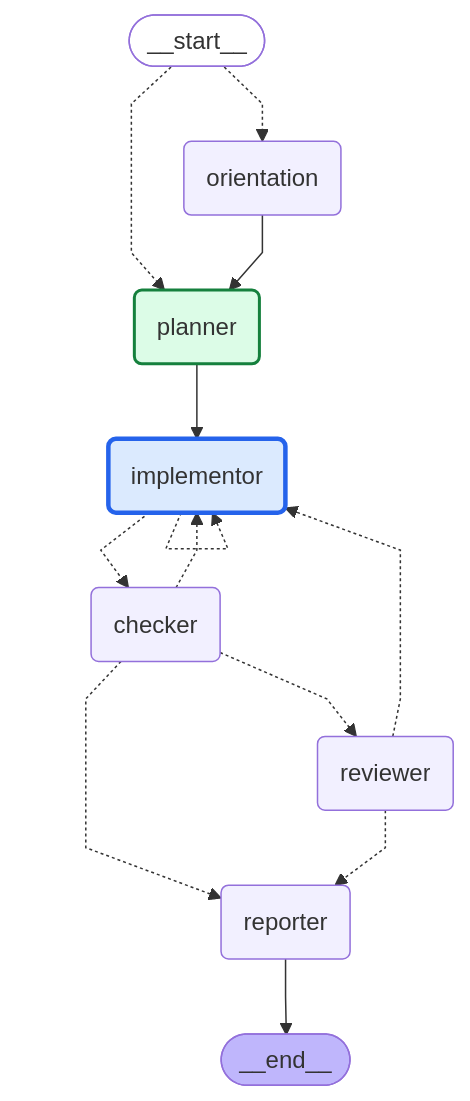
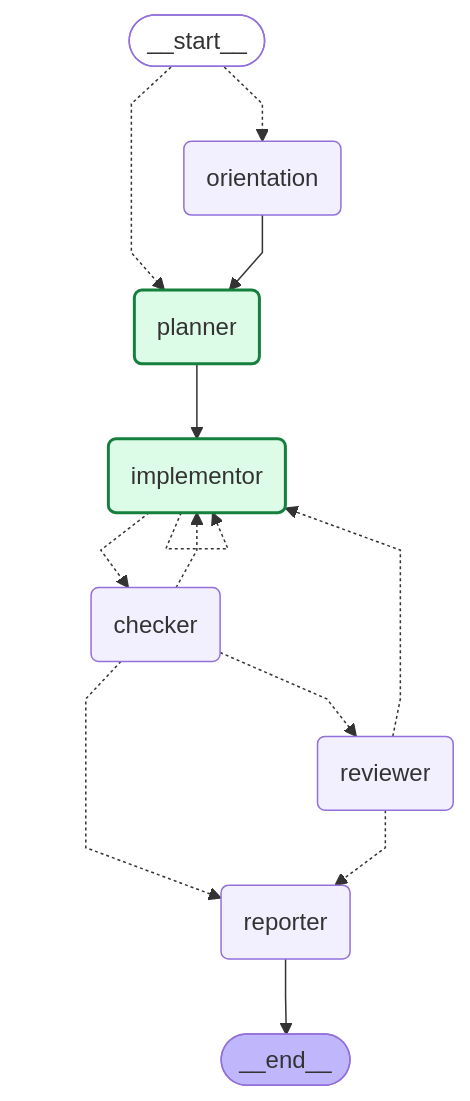
Before and after one commit to daniell0gda/hermes-feature-check-dashboard: the diagram in runs/20260809-093247-e17260/graph.mmd, drawn with Mermaid. The commit also changed 11 other files, not shown here.

```diff
--- a/runs/20260809-093247-e17260/graph.mmd
+++ b/runs/20260809-093247-e17260/graph.mmd
@@ -1,35 +1,35 @@
 ---
 config:
   flowchart:
     curve: linear
 ---
 graph TD;
 	__start__([<p>__start__</p>]):::first
 	orientation(orientation)
 	planner(planner)
 	implementor(implementor)
 	checker(checker)
 	reviewer(reviewer)
 	reporter(reporter)
 	__end__([<p>__end__</p>]):::last
 	__start__ -.-> orientation;
 	__start__ -.-> planner;
 	checker -.-> implementor;
 	checker -.-> reporter;
 	checker -.-> reviewer;
 	implementor -.-> checker;
 	orientation --> planner;
 	planner --> implementor;
 	reviewer -.-> implementor;
 	reviewer -.-> reporter;
 	reporter --> __end__;
 	implementor -.-> implementor;
 	classDef default fill:#f2f0ff,line-height:1.2
 	classDef first fill-opacity:0
 	classDef last fill:#bfb6fc
 
 classDef done fill:#dcfce7,stroke:#15803d,stroke-width:2px;
 classDef active fill:#dbeafe,stroke:#2563eb,stroke-width:3px;
 classDef failed fill:#fee2e2,stroke:#b42318,stroke-width:2px;
 class planner done;
-class implementor active;
+class implementor done;
```
